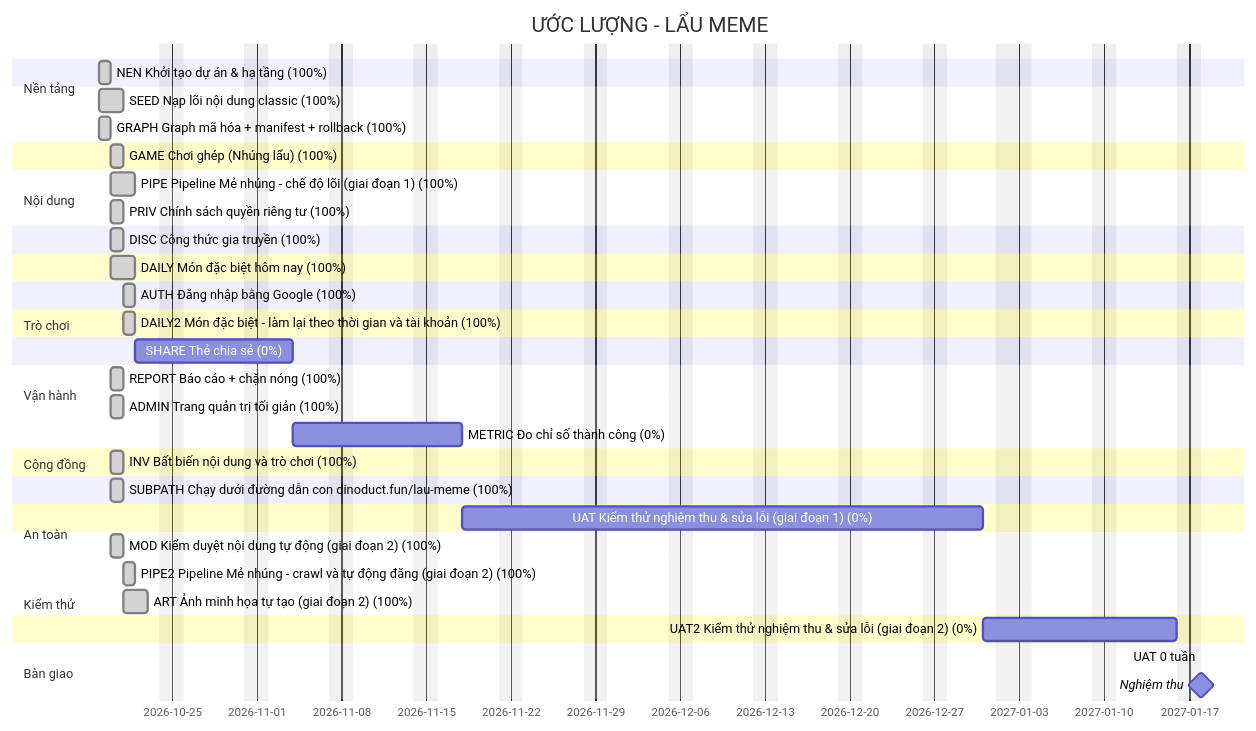
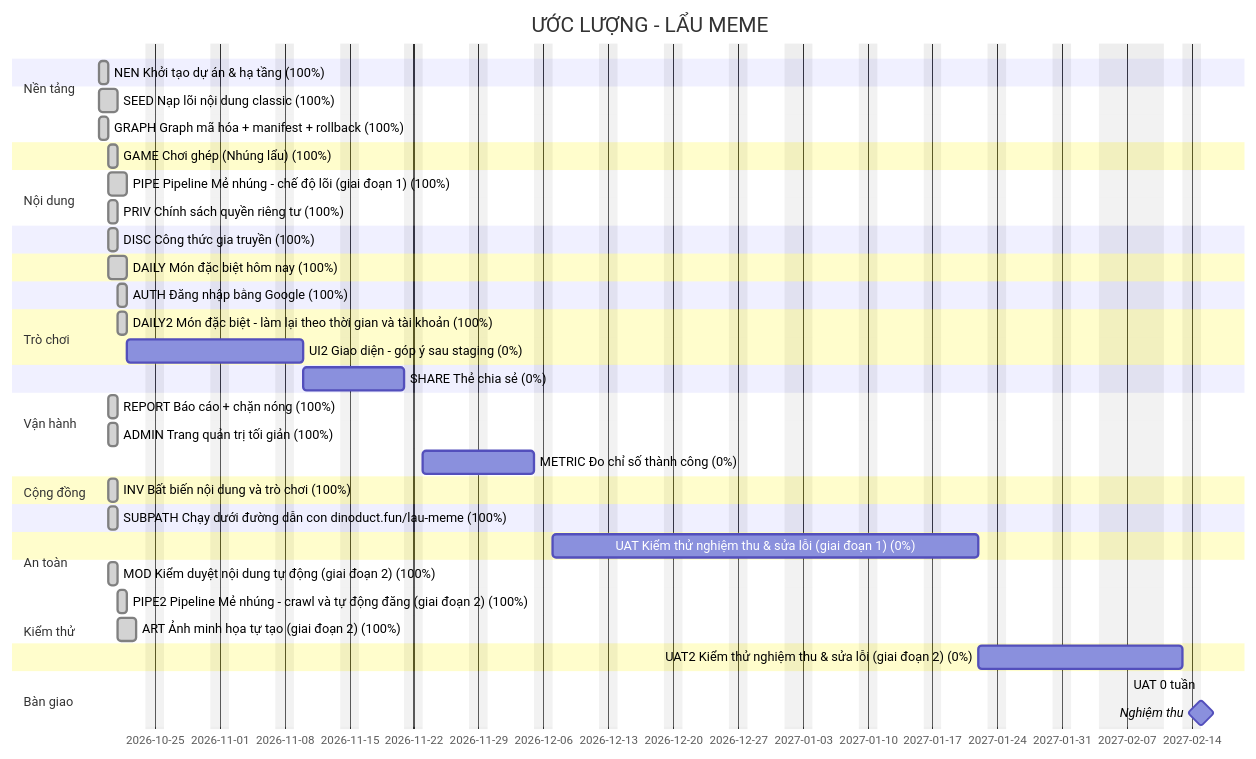
Before and after one commit to thucnq/lau-meme: the diagram in docs/plan/gantt.md, drawn with Mermaid. The commit also changed other lines of this file and 4 other files, not shown here.

First line of the commit message:
chore(estimate): thêm UI2 5.5 điểm cho AC-GAME-19..21, AC-DAILY-16/17 (góp ý giao diện); GAME, DAILY ghi rõ AC đã làm; UAT 14 -> 15; chạy lại kế hoạch

````diff
--- a/docs/plan/gantt.md
+++ b/docs/plan/gantt.md
@@ -5,48 +5,49 @@
 ```mermaid
 gantt
     title ƯỚC LƯỢNG - LẨU MEME
     dateFormat YYYY-MM-DD
     excludes weekends, 2027-01-01, 2027-02-04, 2027-02-05, 2027-02-06, 2027-02-07, 2027-02-08, 2027-02-09, 2027-02-10
     todayMarker stroke-width:2px,stroke:#d33
     section Nền tảng
     NEN Khởi tạo dự án & hạ tầng (100%) :done, NEN, 2026-10-19, 1d
     section Nội dung
     SEED Nạp lõi nội dung classic (100%) :done, SEED, 2026-10-19, 2d
     GRAPH Graph mã hóa + manifest + rollback (100%) :done, GRAPH, 2026-10-19, 1d
     section Trò chơi
     GAME Chơi ghép (Nhúng lẩu) (100%) :done, GAME, 2026-10-20, 1d
     section Nội dung
     PIPE Pipeline Mẻ nhúng - chế độ lõi (giai đoạn 1) (100%) :done, PIPE, 2026-10-20, 2d
     section Vận hành
     PRIV Chính sách quyền riêng tư (100%) :done, PRIV, 2026-10-20, 1d
     section Cộng đồng
     DISC Công thức gia truyền (100%) :done, DISC, 2026-10-20, 1d
     section Trò chơi
     DAILY Món đặc biệt hôm nay (100%) :done, DAILY, 2026-10-20, 2d
     section Cộng đồng
     AUTH Đăng nhập bằng Google (100%) :done, AUTH, 2026-10-21, 1d
     section Trò chơi
     DAILY2 Món đặc biệt - làm lại theo thời gian và tài khoản (100%) :done, DAILY2, 2026-10-21, 1d
+    UI2 Giao diện - góp ý sau staging (0%) :UI2, 2026-10-22, 13d
     section Cộng đồng
-    SHARE Thẻ chia sẻ (0%) :SHARE, 2026-10-22, 9d
+    SHARE Thẻ chia sẻ (0%) :SHARE, 2026-11-10, 9d
     section An toàn
     REPORT Báo cáo + chặn nóng (100%) :done, REPORT, 2026-10-20, 1d
     ADMIN Trang quản trị tối giản (100%) :done, ADMIN, 2026-10-20, 1d
     section Vận hành
-    METRIC Đo chỉ số thành công (0%) :METRIC, 2026-11-04, 10d
+    METRIC Đo chỉ số thành công (0%) :METRIC, 2026-11-23, 10d
     section Kiểm thử
     INV Bất biến nội dung và trò chơi (100%) :done, INV, 2026-10-20, 1d
     section Nền tảng
     SUBPATH Chạy dưới đường dẫn con dinoduct.fun/lau-meme (100%) :done, SUBPATH, 2026-10-20, 1d
     section Kiểm thử
-    UAT Kiểm thử nghiệm thu & sửa lỗi (giai đoạn 1) (0%) :UAT, 2026-11-18, 31d
+    UAT Kiểm thử nghiệm thu & sửa lỗi (giai đoạn 1) (0%) :UAT, 2026-12-07, 33d
     section Nội dung
     MOD Kiểm duyệt nội dung tự động (giai đoạn 2) (100%) :done, MOD, 2026-10-20, 1d
     PIPE2 Pipeline Mẻ nhúng - crawl và tự động đăng (giai đoạn 2) (100%) :done, PIPE2, 2026-10-21, 1d
     ART Ảnh minh họa tự tạo (giai đoạn 2) (100%) :done, ART, 2026-10-21, 2d
     section Kiểm thử
-    UAT2 Kiểm thử nghiệm thu & sửa lỗi (giai đoạn 2) (0%) :UAT2, 2026-12-31, 11d
+    UAT2 Kiểm thử nghiệm thu & sửa lỗi (giai đoạn 2) (0%) :UAT2, 2027-01-22, 11d
     section Bàn giao
-    UAT 0 tuần :uat, 2027-01-18, 0d
-    Nghiệm thu :milestone, 2027-01-18, 0d
+    UAT 0 tuần :uat, 2027-02-15, 0d
+    Nghiệm thu :milestone, 2027-02-15, 0d
 ```
````
